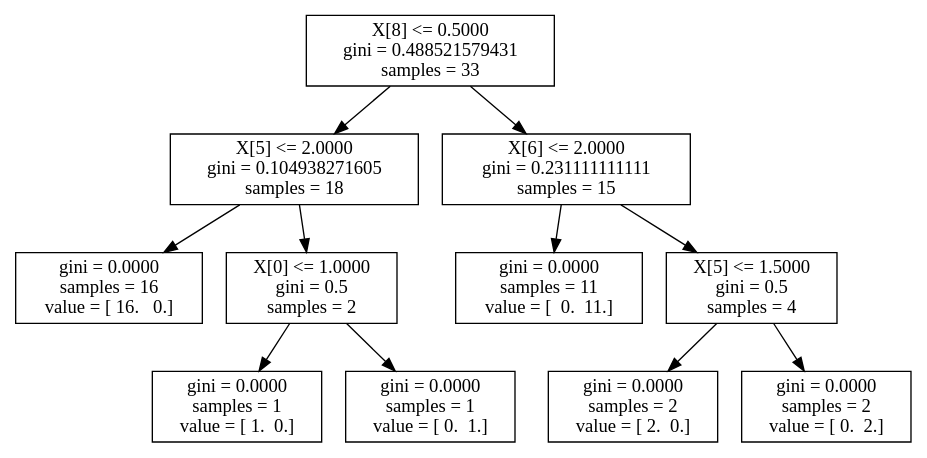
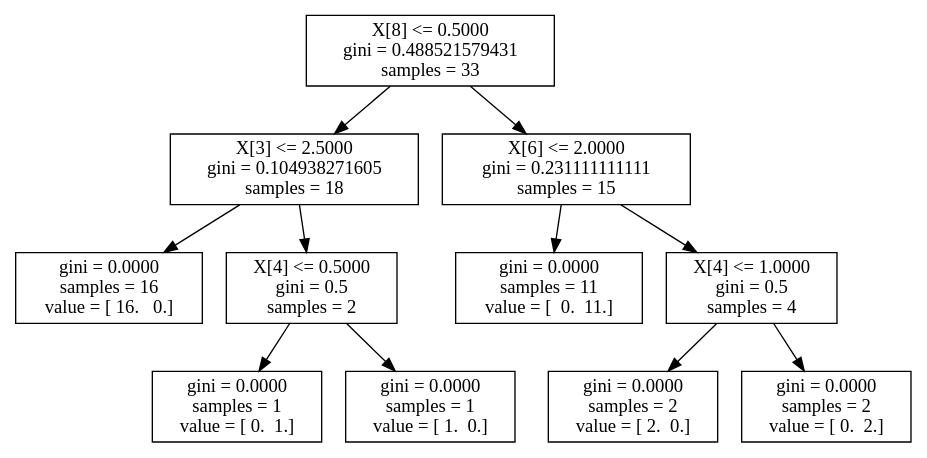
The diagram in neurosurgery_trees/shortMOTOR.dot (akeshavan/myscripts), drawn with Graphviz before and after one commit. The commit also changed 22 other files, not shown here.

```diff
--- a/neurosurgery_trees/shortMOTOR.dot
+++ b/neurosurgery_trees/shortMOTOR.dot
@@ -1,23 +1,23 @@
 digraph Tree {
 0 [label="X[8] <= 0.5000\ngini = 0.488521579431\nsamples = 33", shape="box"] ;
-1 [label="X[5] <= 2.0000\ngini = 0.104938271605\nsamples = 18", shape="box"] ;
+1 [label="X[3] <= 2.5000\ngini = 0.104938271605\nsamples = 18", shape="box"] ;
 0 -> 1 ;
 2 [label="gini = 0.0000\nsamples = 16\nvalue = [ 16.   0.]", shape="box"] ;
 1 -> 2 ;
-3 [label="X[0] <= 1.0000\ngini = 0.5\nsamples = 2", shape="box"] ;
+3 [label="X[4] <= 0.5000\ngini = 0.5\nsamples = 2", shape="box"] ;
 1 -> 3 ;
-4 [label="gini = 0.0000\nsamples = 1\nvalue = [ 1.  0.]", shape="box"] ;
+4 [label="gini = 0.0000\nsamples = 1\nvalue = [ 0.  1.]", shape="box"] ;
 3 -> 4 ;
-5 [label="gini = 0.0000\nsamples = 1\nvalue = [ 0.  1.]", shape="box"] ;
+5 [label="gini = 0.0000\nsamples = 1\nvalue = [ 1.  0.]", shape="box"] ;
 3 -> 5 ;
 6 [label="X[6] <= 2.0000\ngini = 0.231111111111\nsamples = 15", shape="box"] ;
 0 -> 6 ;
 7 [label="gini = 0.0000\nsamples = 11\nvalue = [  0.  11.]", shape="box"] ;
 6 -> 7 ;
-8 [label="X[5] <= 1.5000\ngini = 0.5\nsamples = 4", shape="box"] ;
+8 [label="X[4] <= 1.0000\ngini = 0.5\nsamples = 4", shape="box"] ;
 6 -> 8 ;
 9 [label="gini = 0.0000\nsamples = 2\nvalue = [ 2.  0.]", shape="box"] ;
 8 -> 9 ;
 10 [label="gini = 0.0000\nsamples = 2\nvalue = [ 0.  2.]", shape="box"] ;
 8 -> 10 ;
 }
```
